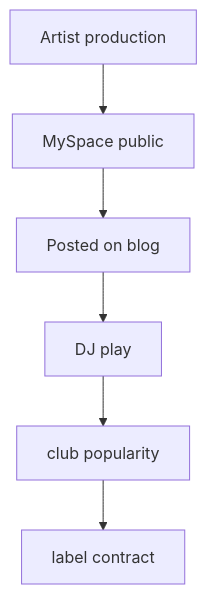
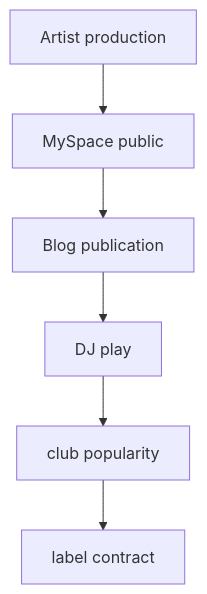
Before and after one commit to monumental-movement/monumental-movement.github.io: the second of 4 diagrams in en/_posts/2026-03-14-column-the-lost-era-of-bloghouse.md, drawn with Mermaid. The commit also changed 435 other files, not shown here.

```diff
--- a/en/_posts/2026-03-14-column-the-lost-era-of-bloghouse.md
+++ b/en/_posts/2026-03-14-column-the-lost-era-of-bloghouse.md
@@ -144,8 +144,8 @@
 <div class="mermaid">
 flowchart TD
 A[Artist production] --> B[MySpace public]
-B --> C[Posted on blog]
+B --> C[Blog publication]
 C --> D[DJ play]
 D --> E[club popularity]
 E --> F[label contract]
 </div>
```
